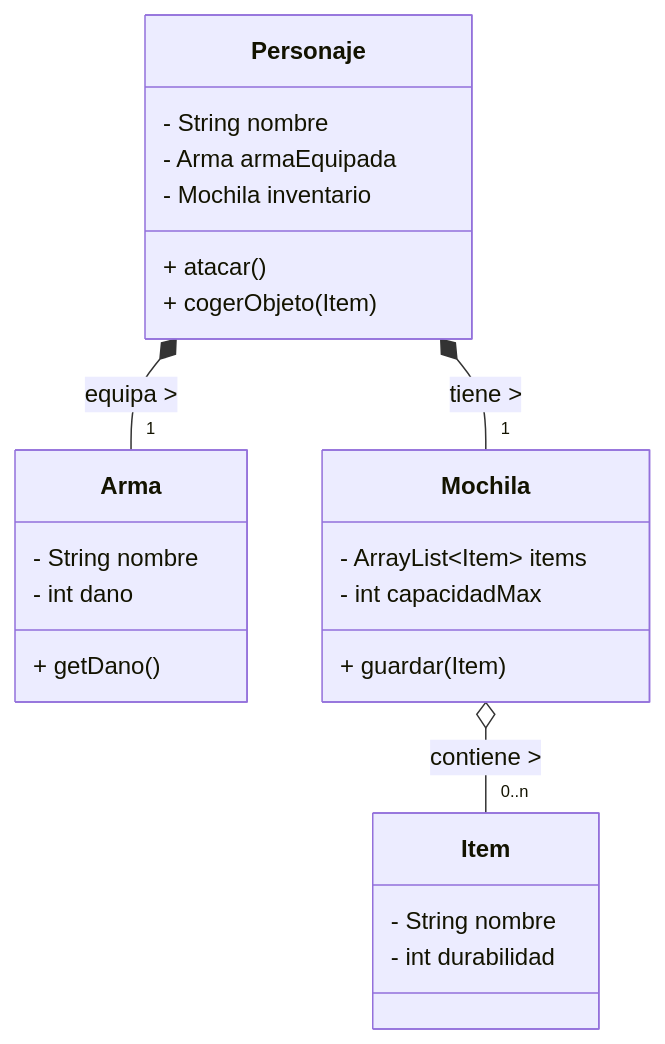
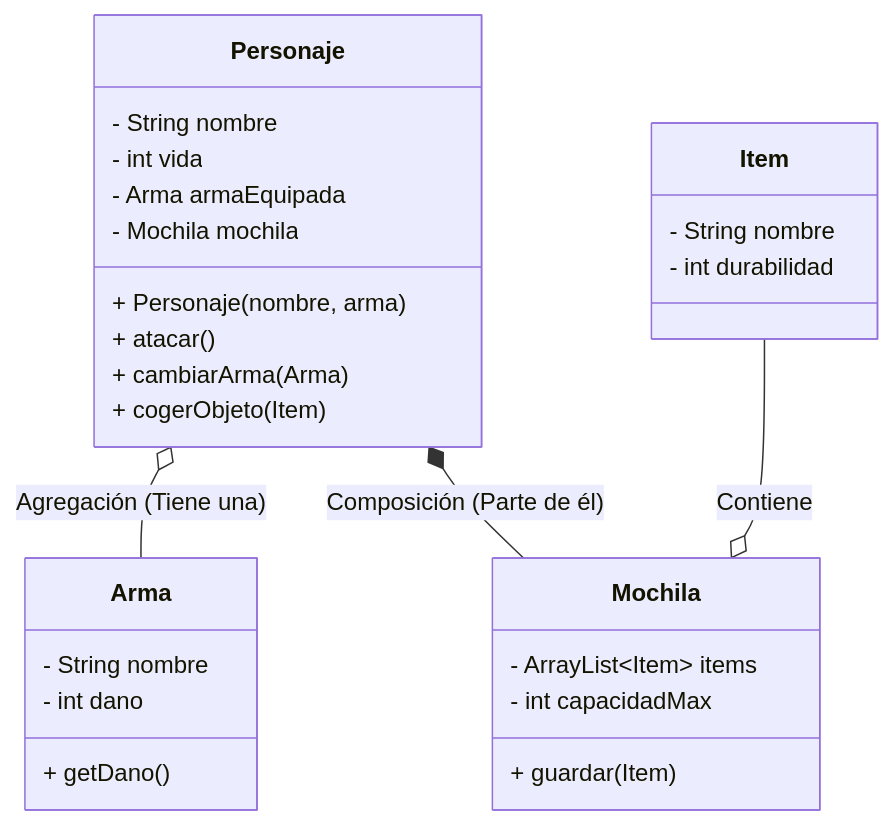
The first of 5 diagrams in docs/unidades/ud06.md (JMAbadLopez/programacion), drawn with Mermaid before and after one commit. The commit also changed other lines of this file and 4 other files, not shown here.

````diff
--- a/docs/unidades/ud06.md
+++ b/docs/unidades/ud06.md
@@ -154,28 +214,31 @@
 ```mermaid
 classDiagram
     class Personaje {
         - String nombre
+        - int vida
         - Arma armaEquipada
-        - Mochila inventario
+        - Mochila mochila
+        + Personaje(nombre, arma)
         + atacar()
+        + cambiarArma(Arma)
         + cogerObjeto(Item)
     }
     class Arma {
         - String nombre
         - int dano
         + getDano()
     }
     class Mochila {
         - ArrayList~Item~ items
         - int capacidadMax
         + guardar(Item)
     }
     class Item {
         - String nombre
         - int durabilidad
     }
 
-    Personaje *-- "1" Arma : equipa >
-    Personaje *-- "1" Mochila : tiene >
-    Mochila o-- "0..n" Item : contiene >
+    Item --o Mochila : Contiene
+    Personaje o-- Arma : Agregación (Tiene una)
+    Personaje *-- Mochila : Composición (Parte de él)
 ```
````
